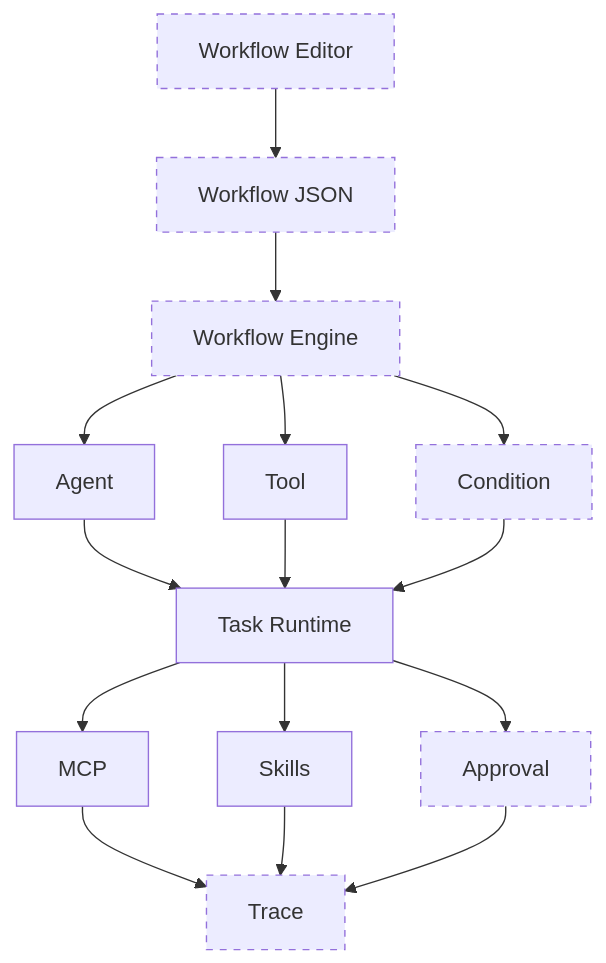
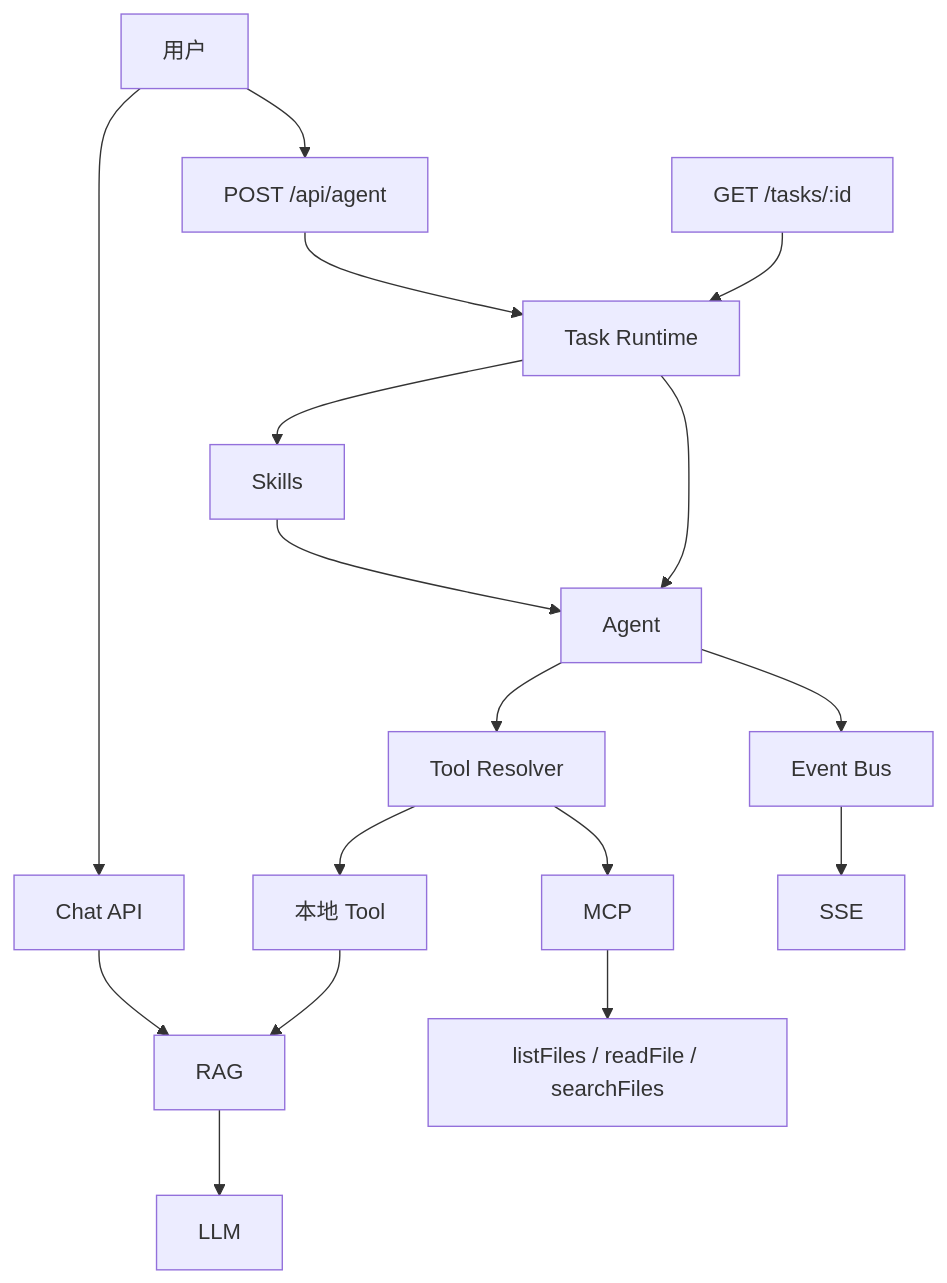
The diagram in docs/architecture/03-v0.8.0.md (WaitingChen0117/agent-workbench), drawn with Mermaid before and after one commit. The commit also changed other lines of this file and 7 other files, not shown here.

Commit message:
Draw each version's architecture as the system that existed then.

````diff
--- a/docs/architecture/03-v0.8.0.md
+++ b/docs/architecture/03-v0.8.0.md
@@ -7,31 +7,18 @@
 ```mermaid
 flowchart TB
-  editor["Workflow Editor"]
-  json["Workflow JSON"]
-  engine["Workflow Engine"]
-  agent["Agent"]
-  tool["Tool"]
-  condition["Condition"]
-  runtime["Task Runtime"]
-  mcp["MCP"]
-  skills["Skills"]
-  approval["Approval"]
-  trace["Trace"]
-
-  editor --> json --> engine
-  engine --> agent
-  engine --> tool
-  engine --> condition
-  agent --> runtime
-  tool --> runtime
-  condition --> runtime
-  runtime --> mcp
-  runtime --> skills
-  runtime --> approval
-  mcp --> trace
-  skills --> trace
-  approval --> trace
-
-  classDef missing stroke-dasharray: 5 5
-  class editor,json,engine,condition,approval,trace missing
+  user["用户"] --> chat["Chat API"]
+  user --> post["POST /api/agent"]
+  chat --> rag["RAG"] --> llm["LLM"]
+  post --> runtime["Task Runtime"]
+  runtime --> skills["Skills"]
+  skills --> agent["Agent"]
+  runtime --> agent
+  agent --> resolver["Tool Resolver"]
+  resolver --> local["本地 Tool"]
+  resolver --> mcp["MCP"]
+  local --> rag
+  mcp --> read["listFiles / readFile / searchFiles"]
+  agent --> bus["Event Bus"]
+  bus --> sse["SSE"]
+  get["GET /tasks/:id"] --> runtime
 ```
````
